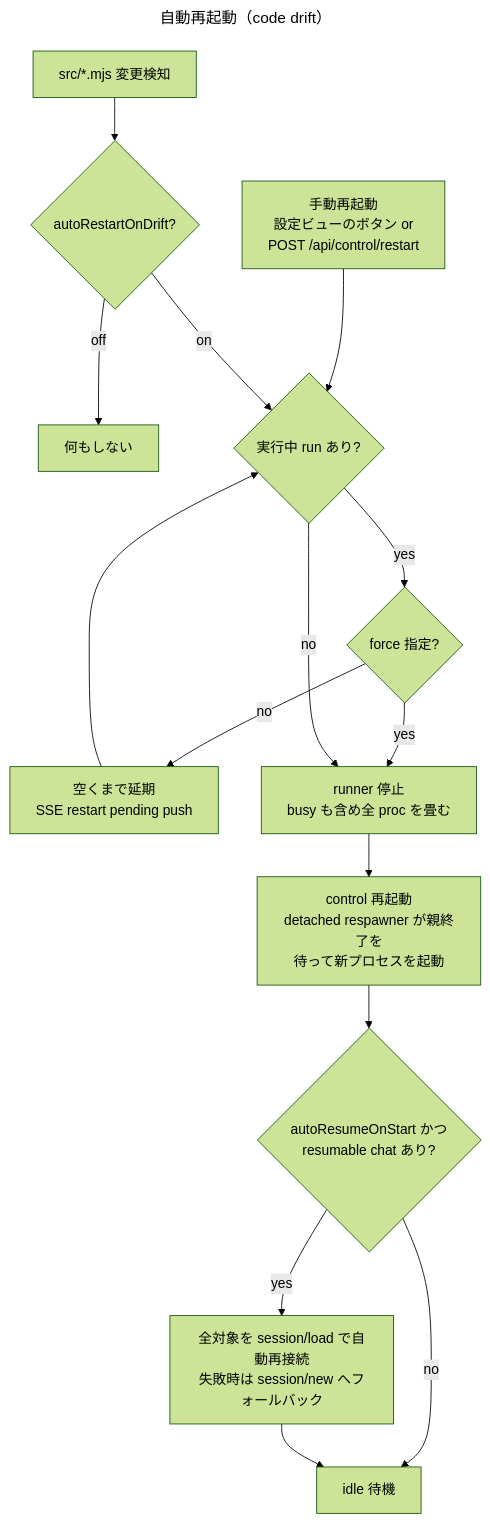
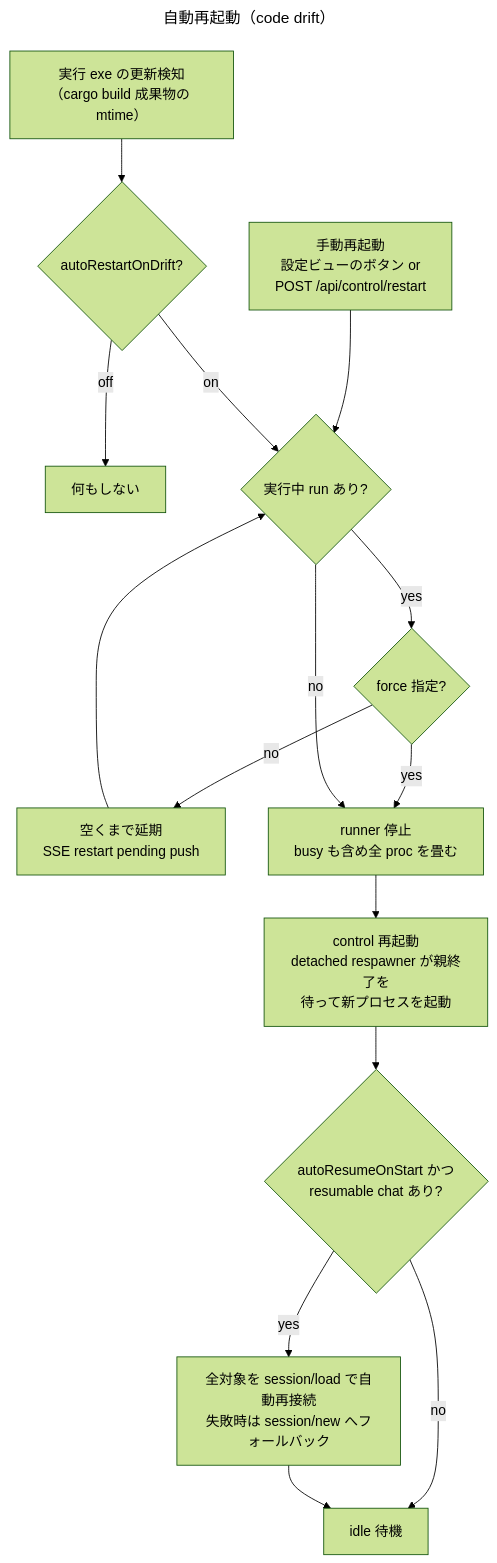
The diagram in diagrams/restart-flow.mmd (yamamoto-ryuzo/kasugai_agent), drawn with Mermaid (forest theme) before and after one commit. The commit also changed 80 other files, not shown here.

```diff
--- a/diagrams/restart-flow.mmd
+++ b/diagrams/restart-flow.mmd
@@ -1,18 +1,18 @@
 ---
 title: 自動再起動（code drift）
 ---
 flowchart TD
-    WATCH[src/*.mjs 変更検知] --> EN{autoRestartOnDrift?}
+    WATCH[実行 exe の更新検知<br/>（cargo build 成果物の mtime）] --> EN{autoRestartOnDrift?}
     EN -->|off| END[何もしない]
     MAN[手動再起動<br/>設定ビューのボタン or<br/>POST /api/control/restart] --> BUSY
     EN -->|on| BUSY{実行中 run あり?}
     BUSY -->|yes| FORCE{force 指定?}
     FORCE -->|no| DEFER[空くまで延期<br/>SSE restart pending push]
     FORCE -->|yes| STOP[runner 停止<br/>busy も含め全 proc を畳む]
     BUSY -->|no| STOP
     DEFER --> BUSY
     STOP --> START[control 再起動<br/>detached respawner が親終了を<br/>待って新プロセスを起動]
     START --> RSM{autoResumeOnStart かつ<br/>resumable chat あり?}
     RSM -->|yes| LOAD[全対象を session/load で自動再接続<br/>失敗時は session/new へフォールバック]
     RSM -->|no| READY[idle 待機]
     LOAD --> READY
```
